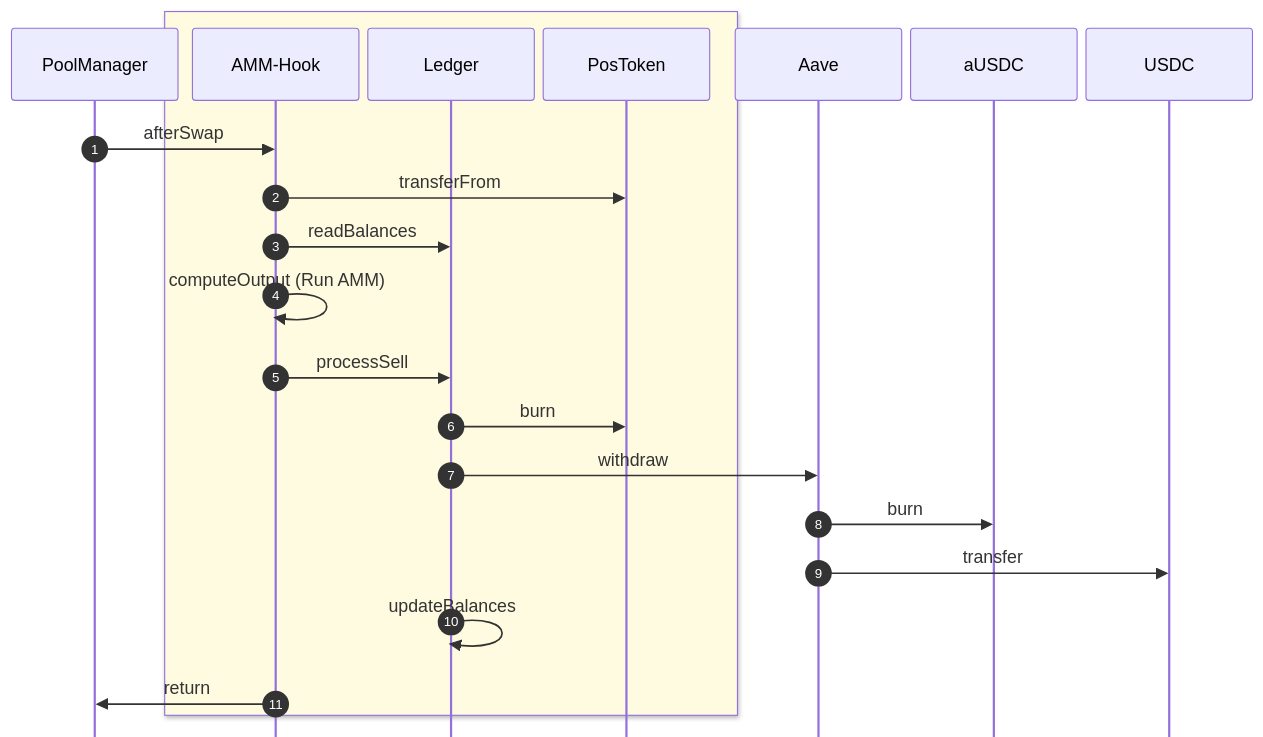
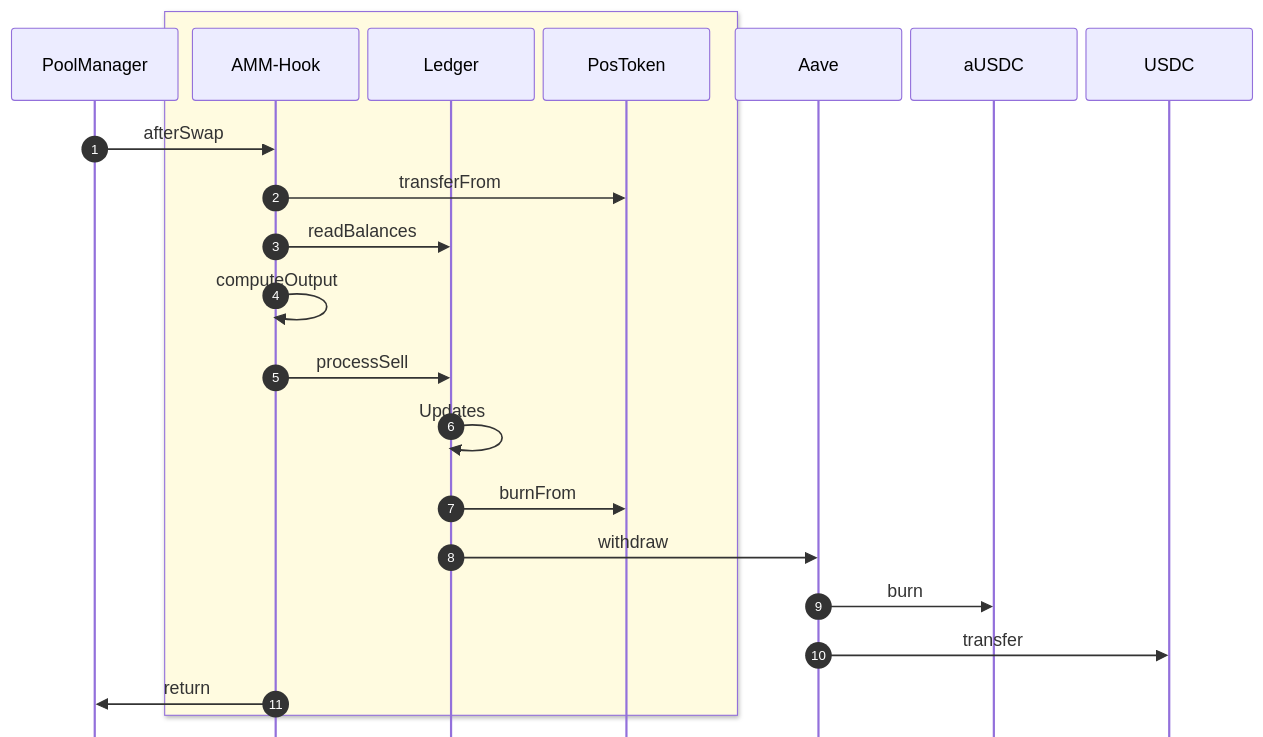
The second of 2 diagrams in docs/TransactionFlowChart.md (RichieRob/PredictionPerpsDocs), drawn with Mermaid before and after one commit. The commit also changed other lines of this file and 74 other files, not shown here.

````diff
--- a/docs/TransactionFlowChart.md
+++ b/docs/TransactionFlowChart.md
@@ -166,28 +74,28 @@
 ```mermaid
 %%{init: {"sequence": {"actorMargin": 8, "messageMargin": 6, "diagramPadding": 2, "mirrorActors": false}}}%%
 sequenceDiagram
     autonumber
     participant PM as PoolManager
     
     box rgb(255, 251, 224)
       participant H as AMM-Hook
       participant LG as Ledger
       participant PT as PosToken
     end
 
     participant AV as Aave
     participant aU as aUSDC
     participant USD as USDC
     
     PM->>H: afterSwap
     H->>PT: transferFrom
     H->>LG: readBalances
-    H->>H: computeOutput (Run AMM)
+    H->>H: computeOutput
     H->>LG: processSell
-    LG->>PT: burn
+    LG->>LG: Updates
+    LG->>PT: burnFrom
     LG->>AV: withdraw
     AV->>aU: burn
     AV->>USD: transfer
-    LG->>LG: updateBalances 
     H->>PM: return
 ```
````
